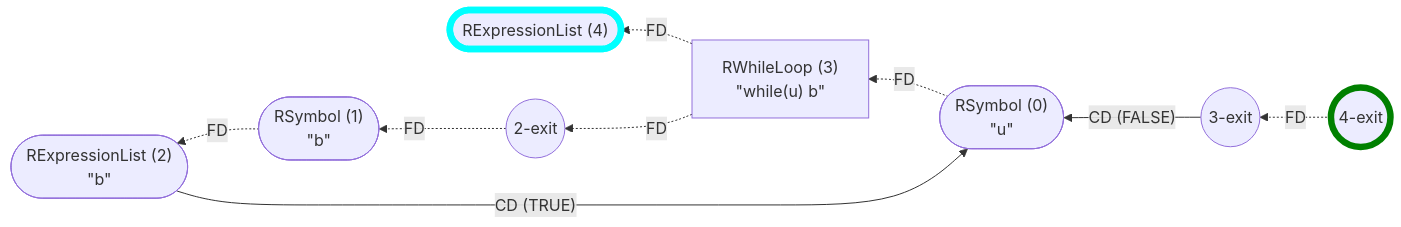
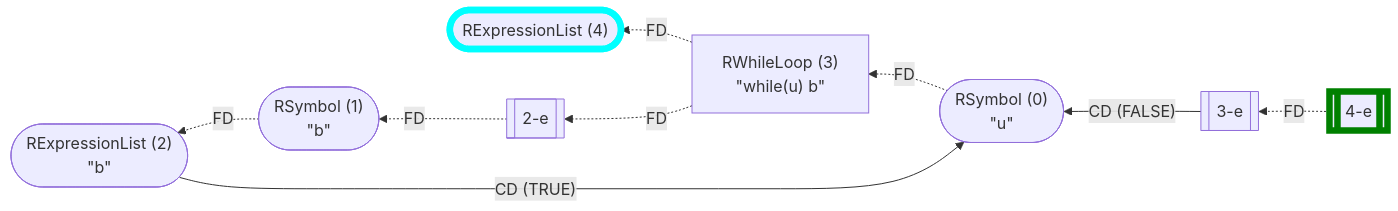
The ninth of 23 diagrams in wiki/Control Flow Graph.md (flowr-analysis/flowr), drawn with Mermaid before and after one commit. The commit also changed other lines of this file and 9 other files, not shown here.

````diff
--- a/wiki/Control Flow Graph.md
+++ b/wiki/Control Flow Graph.md
@@ -708,24 +603,24 @@
 ```mermaid
 flowchart RL
     n4(["`RExpressionList (4)`"])
     n0(["`RSymbol (0)
 #34;u#34;`"])
     n3["`RWhileLoop (3)
 #34;while(u) b#34;`"]
-    n3-exit((3-exit))
+    n3-e[[3-e]]
     n2(["`RExpressionList (2)
 #34;b#34;`"])
     n1(["`RSymbol (1)
 #34;b#34;`"])
-    n2-exit((2-exit))
-    n4-exit((4-exit))
+    n2-e[[2-e]]
+    n4-e[[4-e]]
     n3 -.->|"FD"| n4
-    n3 -.->|"FD"| n2-exit
+    n3 -.->|"FD"| n2-e
     n1 -.->|"FD"| n2
-    n2-exit -.->|"FD"| n1
+    n2-e -.->|"FD"| n1
     n0 -.->|"FD"| n3
     n2 -->|"CD (TRUE)"| n0
-    n3-exit -->|"CD (FALSE)"| n0
-    n4-exit -.->|"FD"| n3-exit
-    style n4 stroke:cyan,stroke-width:6.5px;    style n4-exit stroke:green,stroke-width:6.5px;
+    n3-e -->|"CD (FALSE)"| n0
+    n4-e -.->|"FD"| n3-e
+    style n4 stroke:cyan,stroke-width:6.5px;    style n4-e stroke:green,stroke-width:6.5px;
 ```
````
